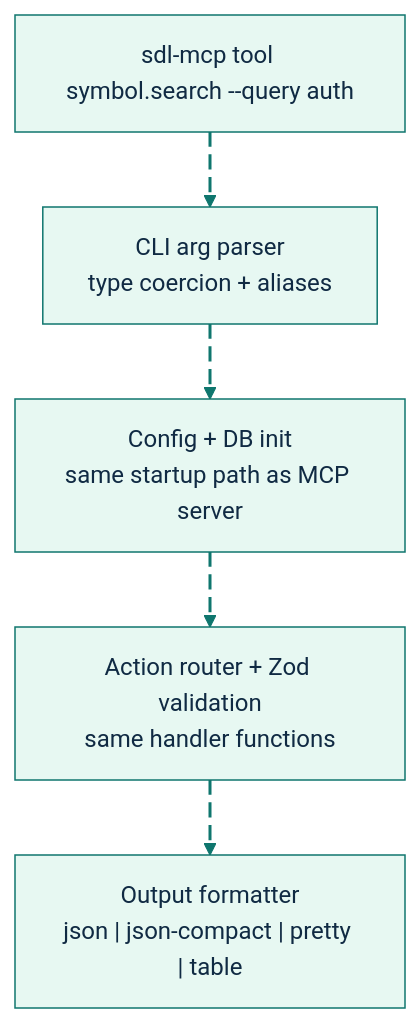
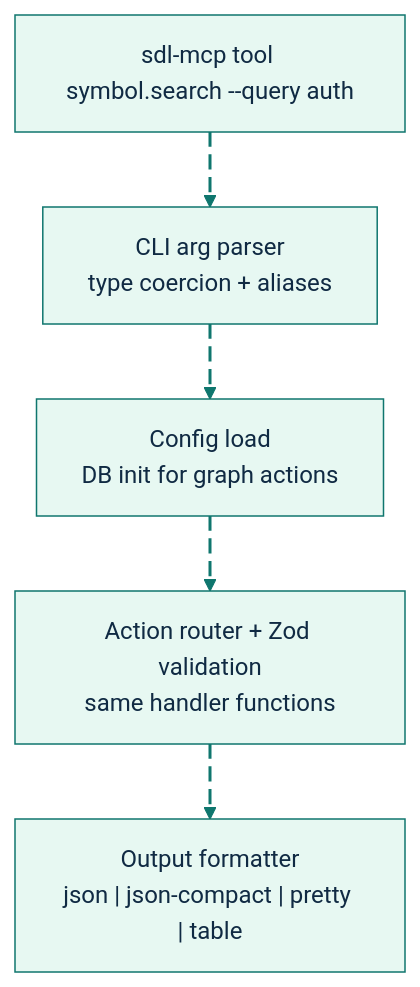
One commit to GlitterKill/sdl-mcp changed the diagram in docs/feature-deep-dives/cli-tool-access.md. Above: the diagram before and after it, drawn with Mermaid. The commit also changed other lines of this file and 29 other files, not shown here.

````diff
--- a/docs/feature-deep-dives/cli-tool-access.md
+++ b/docs/feature-deep-dives/cli-tool-access.md
@@ -38,23 +44,23 @@
 ```mermaid
 %%{init: {"theme":"base","themeVariables":{"background":"#ffffff","primaryColor":"#E7F8F2","primaryBorderColor":"#0F766E","primaryTextColor":"#102A43","secondaryColor":"#E8F1FF","secondaryBorderColor":"#2563EB","secondaryTextColor":"#102A43","tertiaryColor":"#FFF4D6","tertiaryBorderColor":"#B45309","tertiaryTextColor":"#102A43","lineColor":"#0F766E","textColor":"#102A43","fontFamily":"Inter, ui-sans-serif, system-ui, -apple-system, BlinkMacSystemFont, Segoe UI, sans-serif"},"flowchart":{"curve":"basis","htmlLabels":true}}}%%
 flowchart TD
     Cmd["sdl-mcp tool symbol.search --query auth"]
     Parse["CLI arg parser<br/>type coercion + aliases"]
-    Init["Config + DB init<br/>same startup path as MCP server"]
+    Init["Config load<br/>DB init for graph actions"]
     Route["Action router + Zod validation<br/>same handler functions"]
     Output["Output formatter<br/>json | json-compact | pretty | table"]
 
     Cmd e1@--> Parse
     Parse e2@--> Init
     Init e3@--> Route
     Route e4@--> Output
 
     classDef source fill:#E7F8F2,stroke:#0F766E,stroke-width:2px,color:#102A43;
     classDef process fill:#E8F1FF,stroke:#2563EB,stroke-width:2px,color:#102A43;
     classDef decision fill:#FFF4D6,stroke:#B45309,stroke-width:2px,color:#102A43;
     classDef storage fill:#F2E8FF,stroke:#7C3AED,stroke-width:2px,color:#102A43;
     classDef output fill:#FFE8EF,stroke:#BE123C,stroke-width:2px,color:#102A43;
     classDef muted fill:#F8FAFC,stroke:#64748B,stroke-width:1px,color:#102A43;
     classDef animate stroke:#0F766E,stroke-width:2px,stroke-dasharray:10\,5,stroke-dashoffset:900,animation:dash 22s linear infinite;
     class e1,e2,e3,e4 animate;
 ```
````
